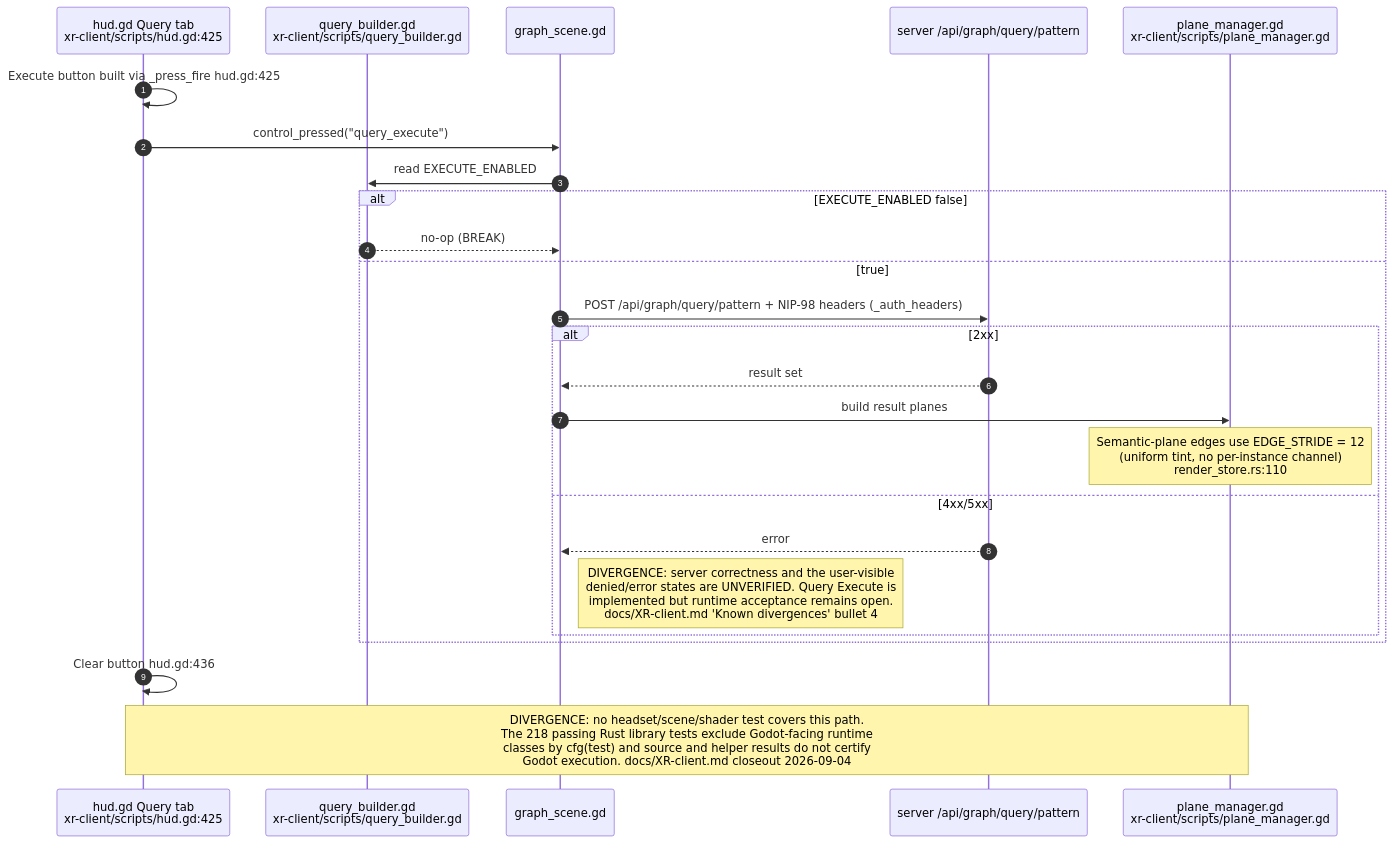
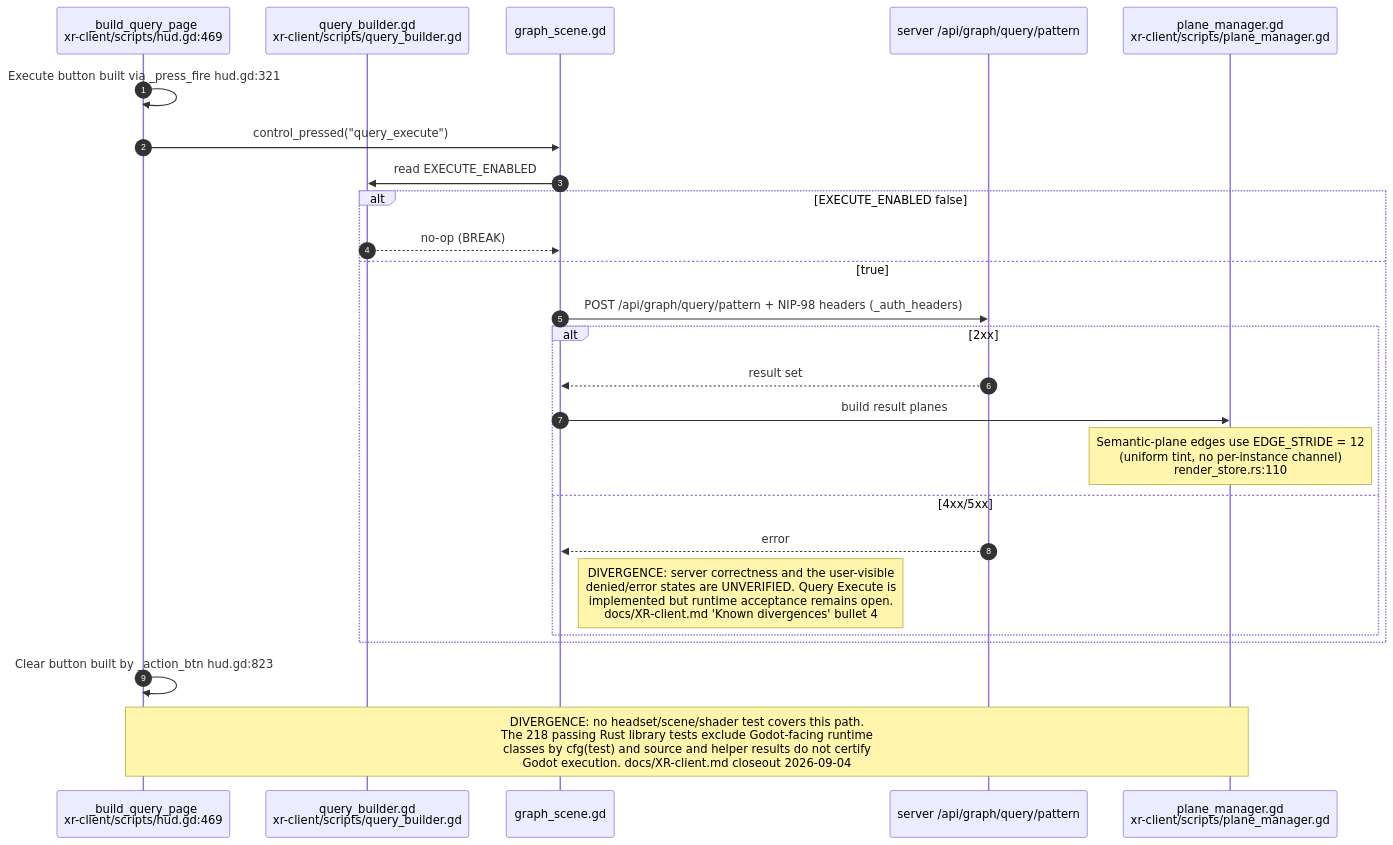
One commit to DreamLab-AI/VisionFlow changed diagram 18 of 24 in docs/diagrams/visionclaw/36-godot-xr-client.md. Above: the diagram before and after it, drawn with Mermaid. The commit also changed other lines of this file and 32 other files, not shown here.

````diff
--- a/docs/diagrams/visionclaw/36-godot-xr-client.md
+++ b/docs/diagrams/visionclaw/36-godot-xr-client.md
@@ -786,28 +811,28 @@
 ```mermaid
 sequenceDiagram
     autonumber
-    participant HD as hud.gd Query tab<br/>xr-client/scripts/hud.gd:425
+    participant HD as _build_query_page<br/>xr-client/scripts/hud.gd:469
     participant QB as query_builder.gd<br/>xr-client/scripts/query_builder.gd
     participant GS as graph_scene.gd
     participant SV as server /api/graph/query/pattern
     participant PM as plane_manager.gd<br/>xr-client/scripts/plane_manager.gd
 
-    HD->>HD: Execute button built via _press_fire hud.gd:425
+    HD->>HD: Execute button built via _press_fire hud.gd:321
     HD->>GS: control_pressed("query_execute")
     GS->>QB: read EXECUTE_ENABLED
     alt EXECUTE_ENABLED false
         QB-->>GS: no-op (BREAK)
     else true
         GS->>SV: POST /api/graph/query/pattern + NIP-98 headers (_auth_headers)
         alt 2xx
             SV-->>GS: result set
             GS->>PM: build result planes
             Note over PM: Semantic-plane edges use EDGE_STRIDE = 12<br/>(uniform tint, no per-instance channel)<br/>render_store.rs:110
         else 4xx/5xx
             SV-->>GS: error
             Note right of GS: DIVERGENCE: server correctness and the user-visible<br/>denied/error states are UNVERIFIED. Query Execute is<br/>implemented but runtime acceptance remains open.<br/>docs/XR-client.md 'Known divergences' bullet 4
         end
     end
-    HD->>HD: Clear button hud.gd:436
+    HD->>HD: Clear button built by _action_btn hud.gd:823
     Note over HD,PM: DIVERGENCE: no headset/scene/shader test covers this path.<br/>The 218 passing Rust library tests exclude Godot-facing runtime<br/>classes by cfg(test) and source and helper results do not certify<br/>Godot execution. docs/XR-client.md closeout 2026-09-04
 ```
````
